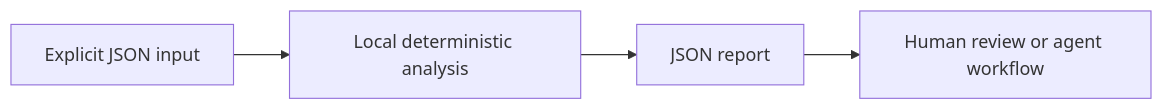
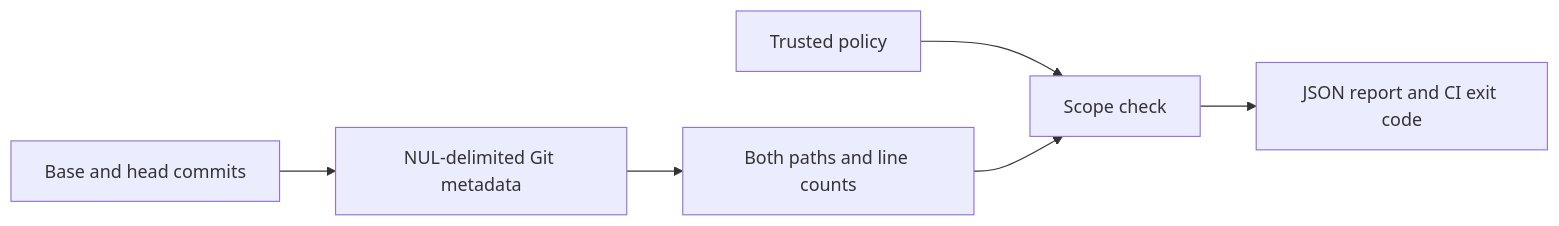
One commit to XingCEO/patch-scope-guard changed the diagram in README.md. Above: the diagram before and after it, drawn with Mermaid. The commit also changed other lines of this file and 9 other files, not shown here.

First line of the commit message:
feat!: validate native Git patch scope

````diff
--- a/README.md
+++ b/README.md
@@ -24,6 +24,8 @@
 ```mermaid
 flowchart LR
-    A[Explicit JSON input] --> B[Local deterministic analysis]
-    B --> C[JSON report]
-    C --> D[Human review or agent workflow]
+    A[Base and head commits] --> B[NUL-delimited Git metadata]
+    B --> C[Both paths and line counts]
+    P[Trusted policy] --> D[Scope check]
+    C --> D
+    D --> E[JSON report and CI exit code]
 ```
````
